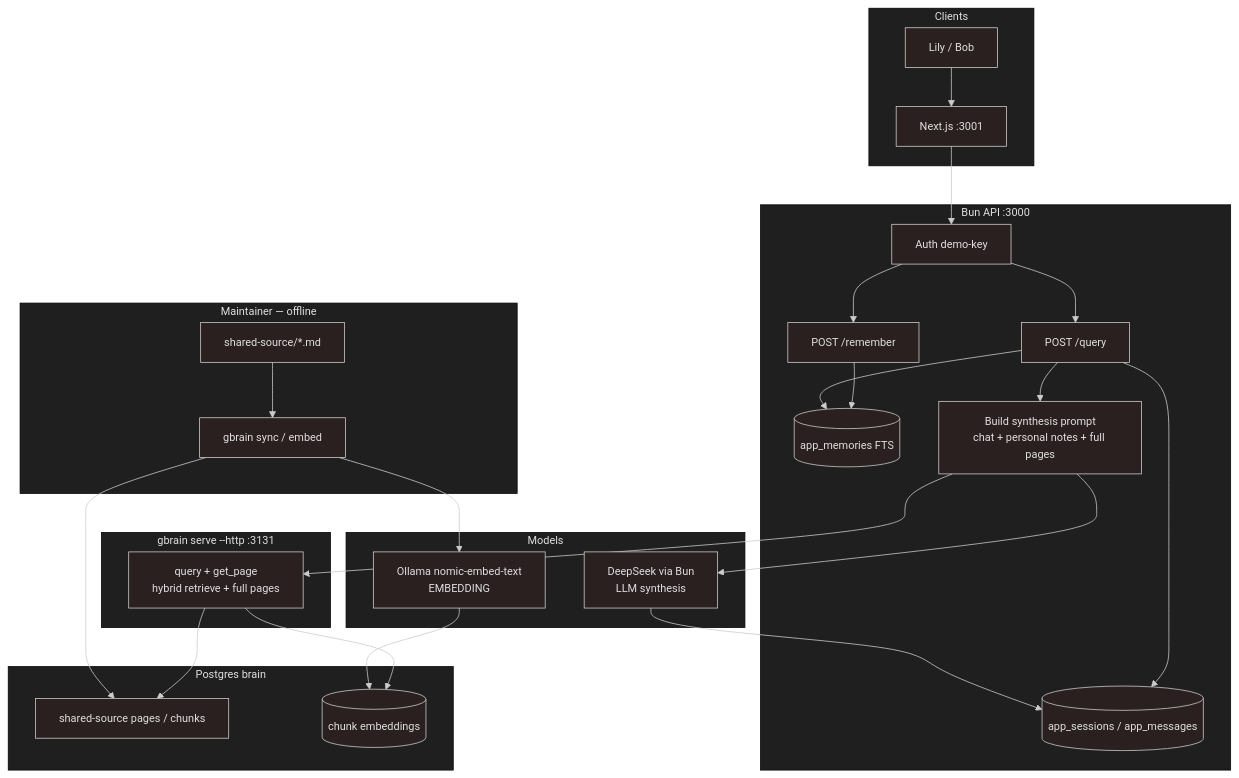
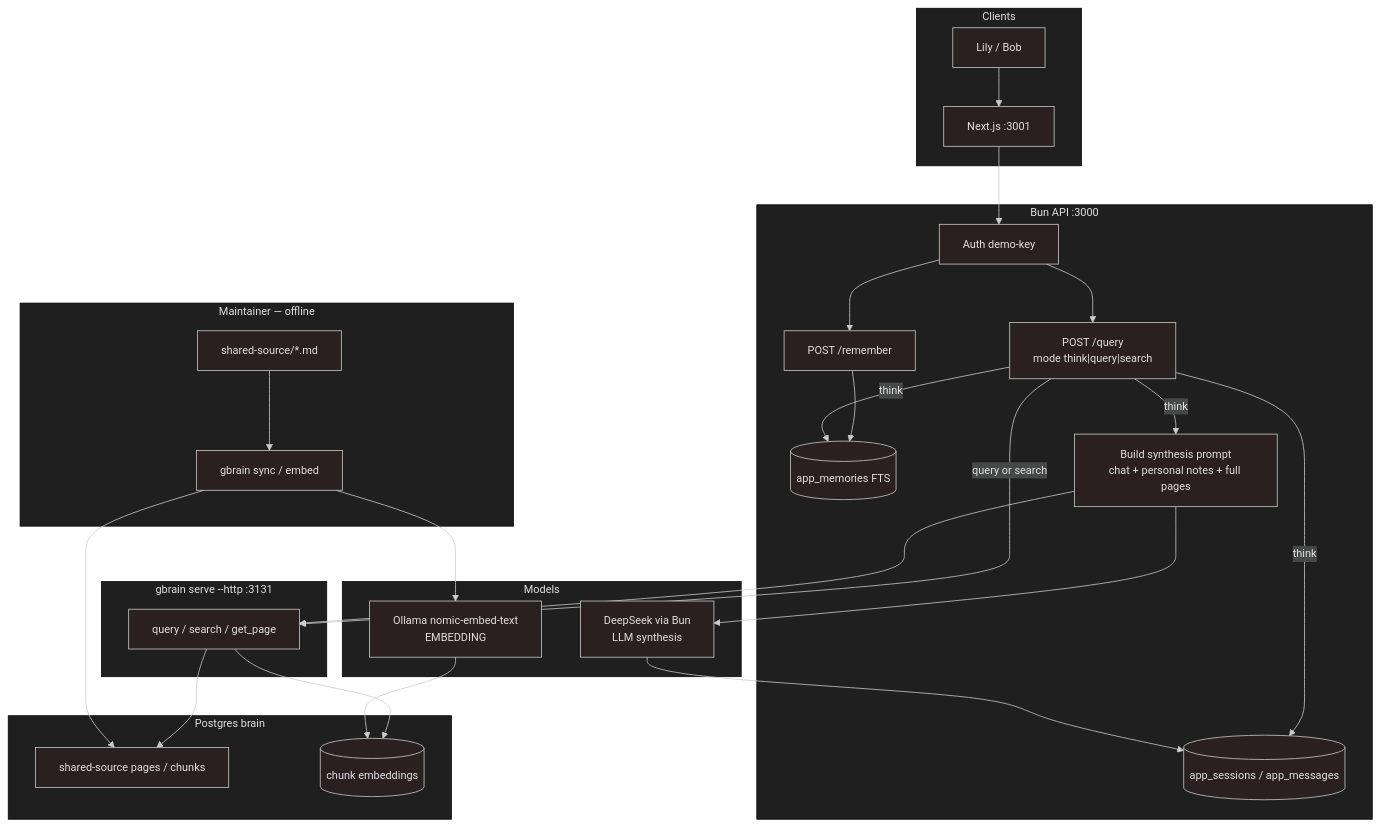
The diagram in README.md (kyung-lee-official/gbrain-sandbox), drawn with Mermaid before and after one commit. The commit also changed other lines of this file, not shown here.

Commit message:
feat: update README to clarify gbrain requirements and enhance query modes documentation

````diff
--- a/README.md
+++ b/README.md
@@ -33,57 +33,58 @@
 ```mermaid
 %%{init: {'theme': 'neo-dark'}}%%
 flowchart TB
   subgraph clients [Clients]
     Web[Next.js :3001]
     Lily[Lily / Bob]
   end
 
   subgraph bun [Bun API :3000]
     Auth[Auth demo-key]
     Remember["POST /remember"]
-    Query["POST /query"]
+    Query["POST /query<br/>mode think|query|search"]
     Mem[(app_memories FTS)]
     Chat[(app_sessions / app_messages)]
     Build[Build synthesis prompt<br/>chat + personal notes + full pages]
   end
 
   subgraph maintainer [Maintainer — offline]
     MD[shared-source/*.md]
     Sync["gbrain sync / embed"]
   end
 
   subgraph gbrain [gbrain serve --http :3131]
-    Retrieve[query + get_page<br/>hybrid retrieve + full pages]
+    Retrieve[query / search / get_page]
   end
 
   subgraph models [Models]
     Ollama["Ollama nomic-embed-text<br/>EMBEDDING"]
     DeepSeek["DeepSeek via Bun<br/>LLM synthesis"]
   end
 
   subgraph store [Postgres brain]
     Pages[shared-source pages / chunks]
     Embs[(chunk embeddings)]
   end
 
   Lily --> Web
   Web --> Auth
   Auth --> Remember
   Auth --> Query
 
   Remember --> Mem
 
-  Query --> Chat
-  Query --> Mem
-  Query --> Build
+  Query -->|think| Chat
+  Query -->|think| Mem
+  Query -->|think| Build
+  Query -->|query or search| Retrieve
   Build --> Retrieve
   Retrieve --> Pages
   Retrieve --> Embs
   Build --> DeepSeek
   DeepSeek --> Chat
 
   MD --> Sync
   Sync --> Pages
   Sync --> Ollama
   Ollama --> Embs
 ```
````
